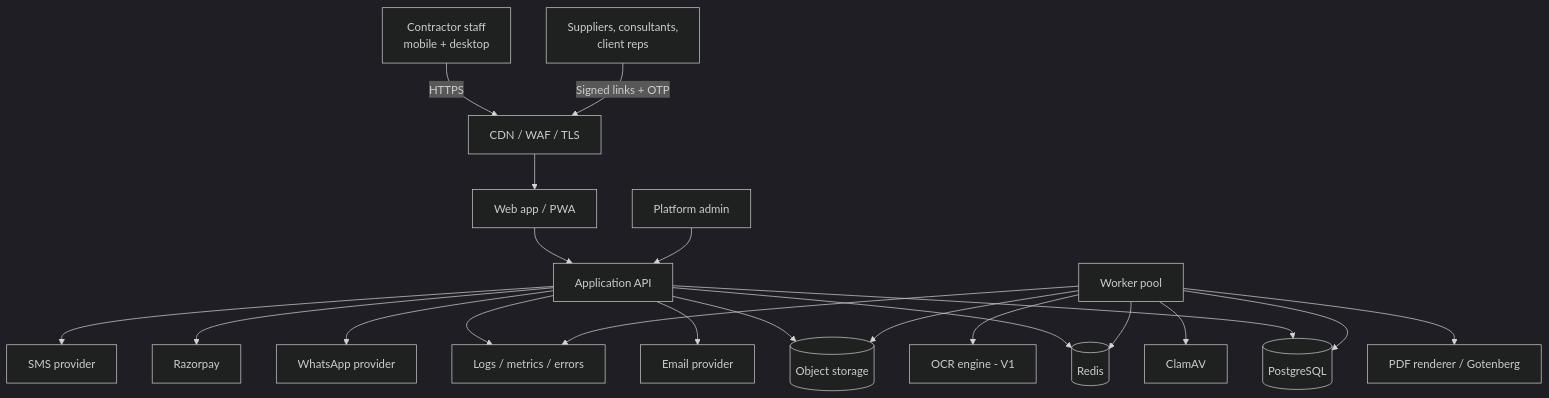
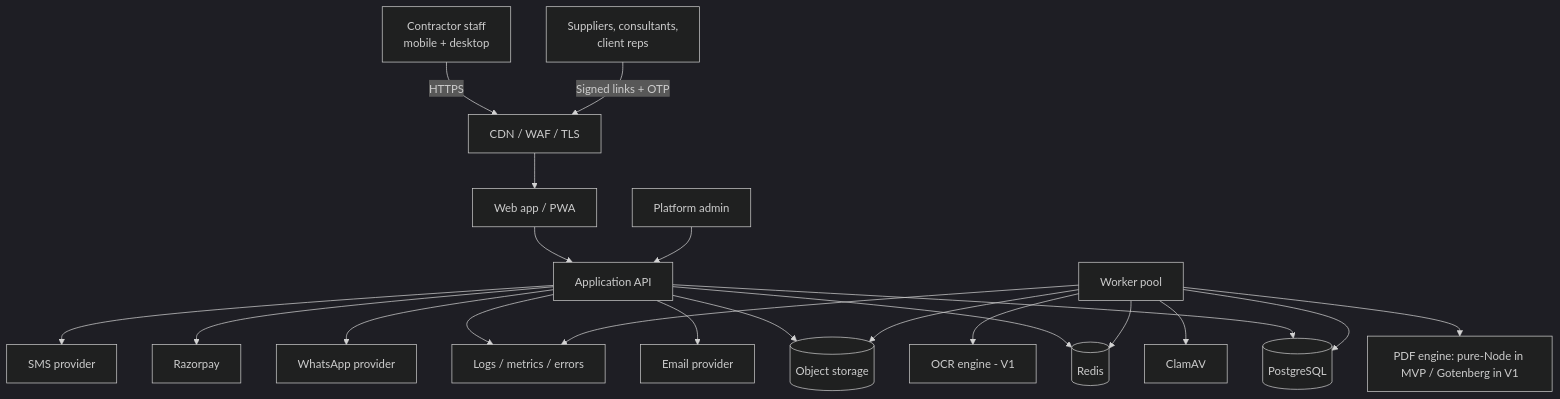
Before and after one commit to omniscient2002/tradecloseout: the first of 7 diagrams in 09-SYSTEM-ARCHITECTURE.md, drawn with Mermaid (dark theme). The commit also changed other lines of this file and 5 other files, not shown here.

````diff
--- a/09-SYSTEM-ARCHITECTURE.md
+++ b/09-SYSTEM-ARCHITECTURE.md
@@ -29,23 +29,23 @@
 ```mermaid
 flowchart TB
   U[Contractor staff<br/>mobile + desktop] -->|HTTPS| EDGE[CDN / WAF / TLS]
   G[Suppliers, consultants,<br/>client reps] -->|Signed links + OTP| EDGE
   EDGE --> WEB[Web app / PWA]
   WEB --> API[Application API]
   API --> DB[(PostgreSQL)]
   API --> REDIS[(Redis)]
   API --> OBJ[(Object storage)]
   API --> MAIL[Email provider]
   API --> WA[WhatsApp provider]
   API --> PAY[Razorpay]
   API --> SMS[SMS provider]
   WORK[Worker pool] --> DB
   WORK --> REDIS
   WORK --> OBJ
-  WORK --> PDF[PDF renderer / Gotenberg]
+  WORK --> PDF[PDF engine: pure-Node in MVP / Gotenberg in V1]
   WORK --> AV[ClamAV]
   WORK --> OCR[OCR engine - V1]
   API --> OBS[Logs / metrics / errors]
   WORK --> OBS
   ADMIN[Platform admin] --> API
 ```
````
